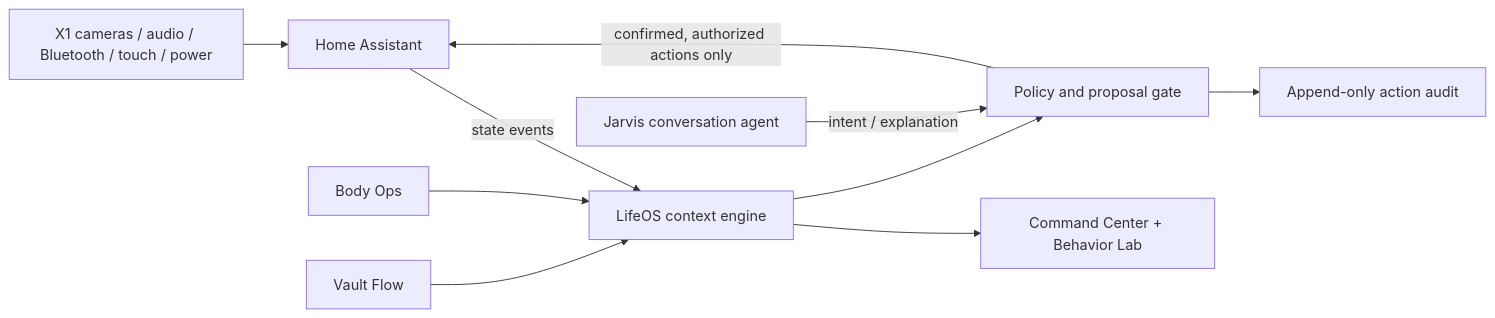
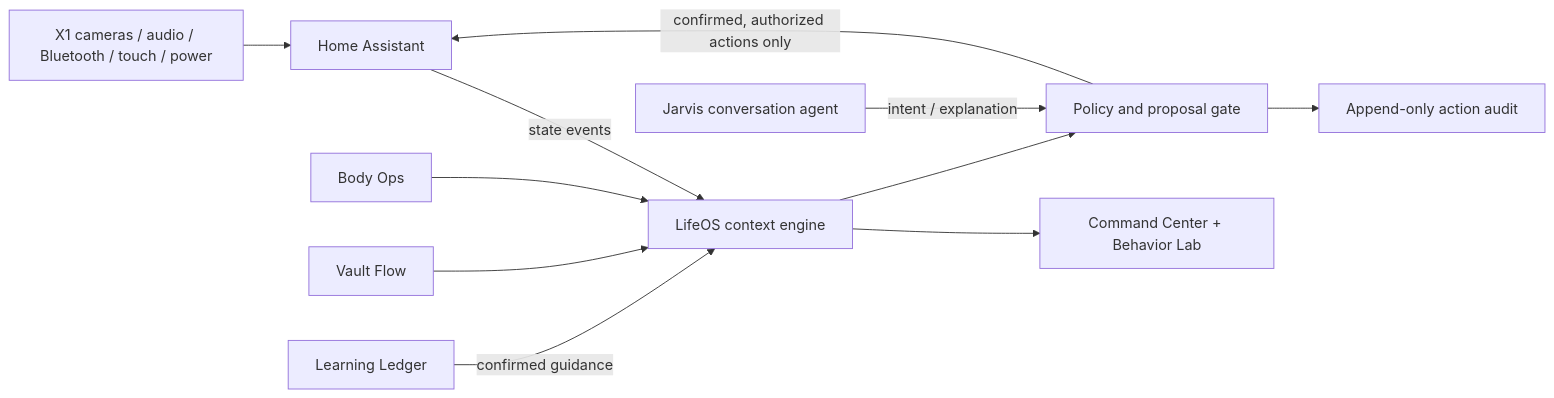
The diagram in README.md (GiovanniBiscottiofficial/Jarvis-Hub), drawn with Mermaid before and after one commit. The commit also changed other lines of this file and 14 other files, not shown here.

Commit message:
feat: add transparent Jarvis learning ledger

````diff
--- a/README.md
+++ b/README.md
@@ -189,12 +204,13 @@
 ```mermaid
 flowchart LR
     X1["X1 cameras / audio / Bluetooth / touch / power"] --> HA["Home Assistant"]
     HA -->|state events| CE["LifeOS context engine"]
     BO["Body Ops"] --> CE
     VF["Vault Flow"] --> CE
+    LL["Learning Ledger"] -->|confirmed guidance| CE
     CE --> CC["Command Center + Behavior Lab"]
     CE --> PP["Policy and proposal gate"]
     LLM["Jarvis conversation agent"] -->|intent / explanation| PP
     PP -->|confirmed, authorized actions only| HA
     PP --> AU["Append-only action audit"]
 ```
````
